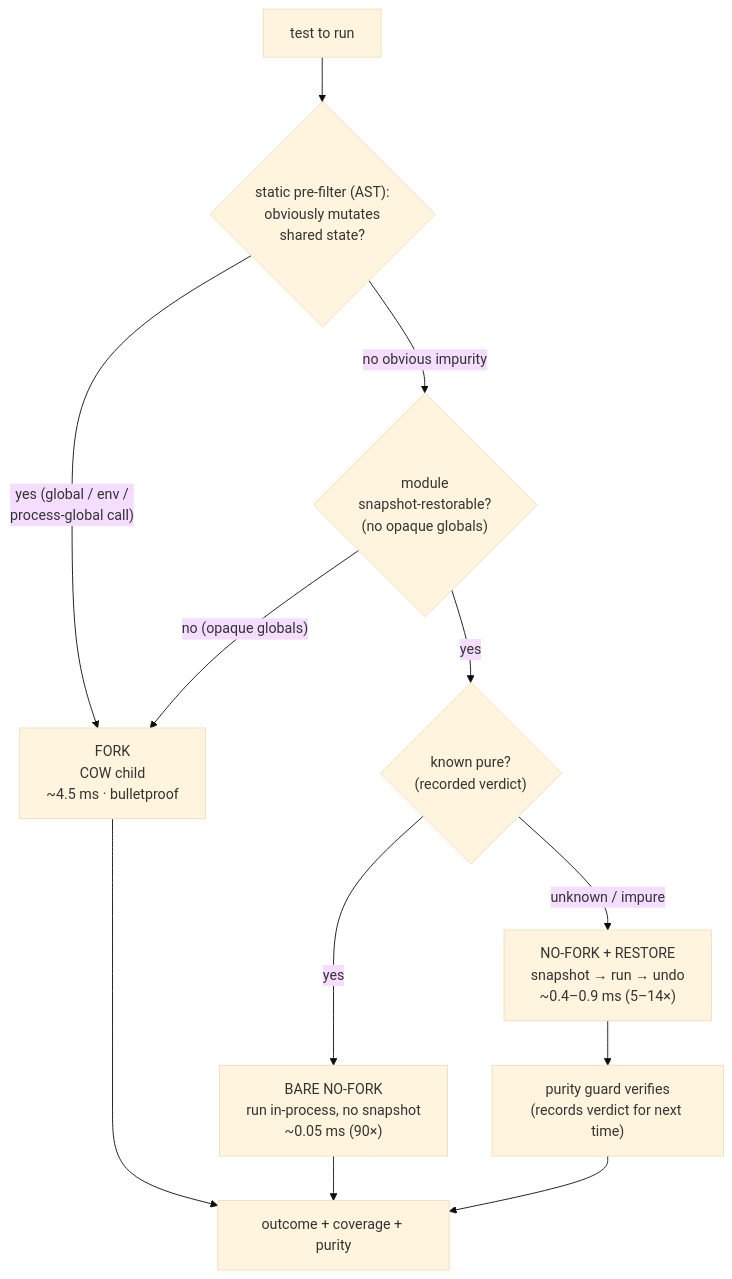
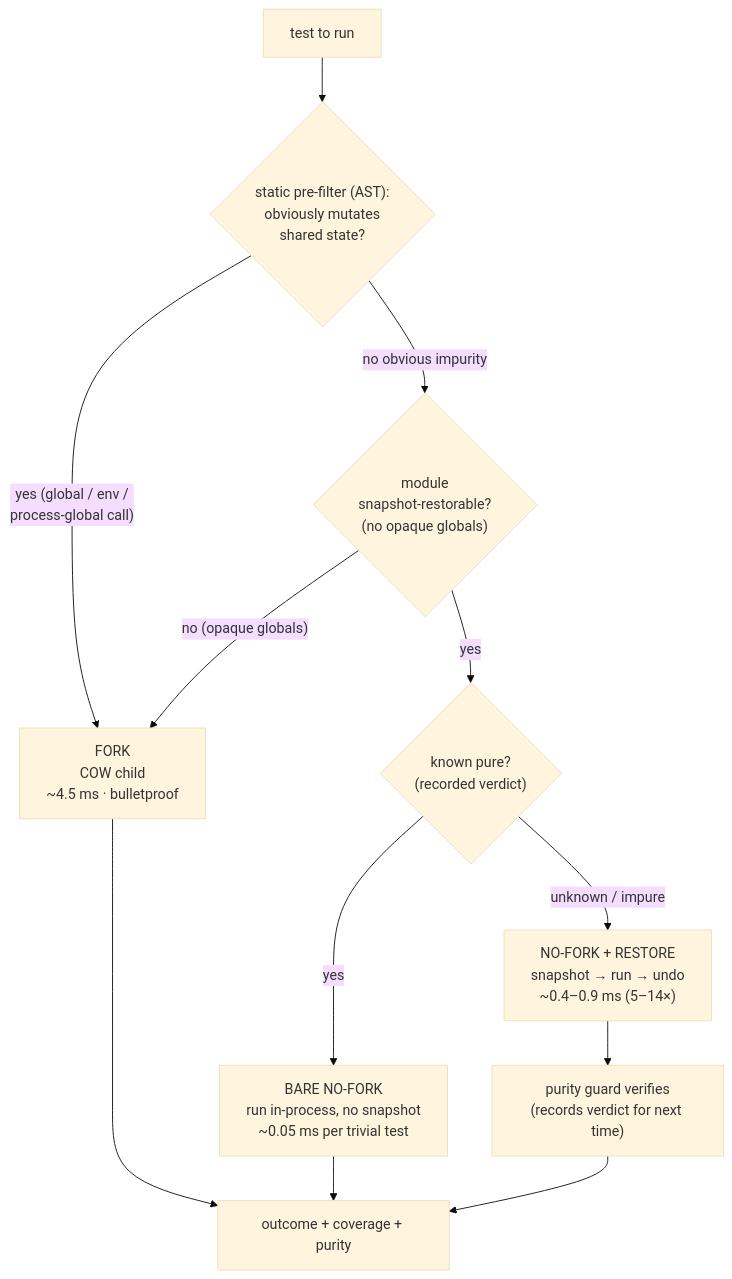
One commit to snoodleboot-io/tiderace changed the third of 4 diagrams in docs/design/parallel-execution.md. Above: the diagram before and after it, drawn with Mermaid (base theme). The commit also changed other lines of this file and 9 other files, not shown here.

````diff
--- a/docs/design/parallel-execution.md
+++ b/docs/design/parallel-execution.md
@@ -64,14 +64,14 @@
 ```mermaid
 flowchart TD
     START["test to run"] --> STATIC{"static pre-filter (AST):<br/>obviously mutates<br/>shared state?"}
     STATIC -->|"yes (global / env /<br/>process-global call)"| FORK
     STATIC -->|"no obvious impurity"| RESTORABLE{"module<br/>snapshot-restorable?<br/>(no opaque globals)"}
     RESTORABLE -->|"no (opaque globals)"| FORK["FORK<br/>COW child<br/>~4.5 ms · bulletproof"]
     RESTORABLE -->|"yes"| KNOWN{"known pure?<br/>(recorded verdict)"}
-    KNOWN -->|"yes"| BARE["BARE NO-FORK<br/>run in-process, no snapshot<br/>~0.05 ms (90×)"]
+    KNOWN -->|"yes"| BARE["BARE NO-FORK<br/>run in-process, no snapshot<br/>~0.05 ms per trivial test"]
     KNOWN -->|"unknown / impure"| RESTORE["NO-FORK + RESTORE<br/>snapshot → run → undo<br/>~0.4–0.9 ms (5–14×)"]
     RESTORE --> VERIFY["purity guard verifies<br/>(records verdict for next time)"]
     BARE --> DONE["outcome + coverage + purity"]
     VERIFY --> DONE
     FORK --> DONE
 ```
````
